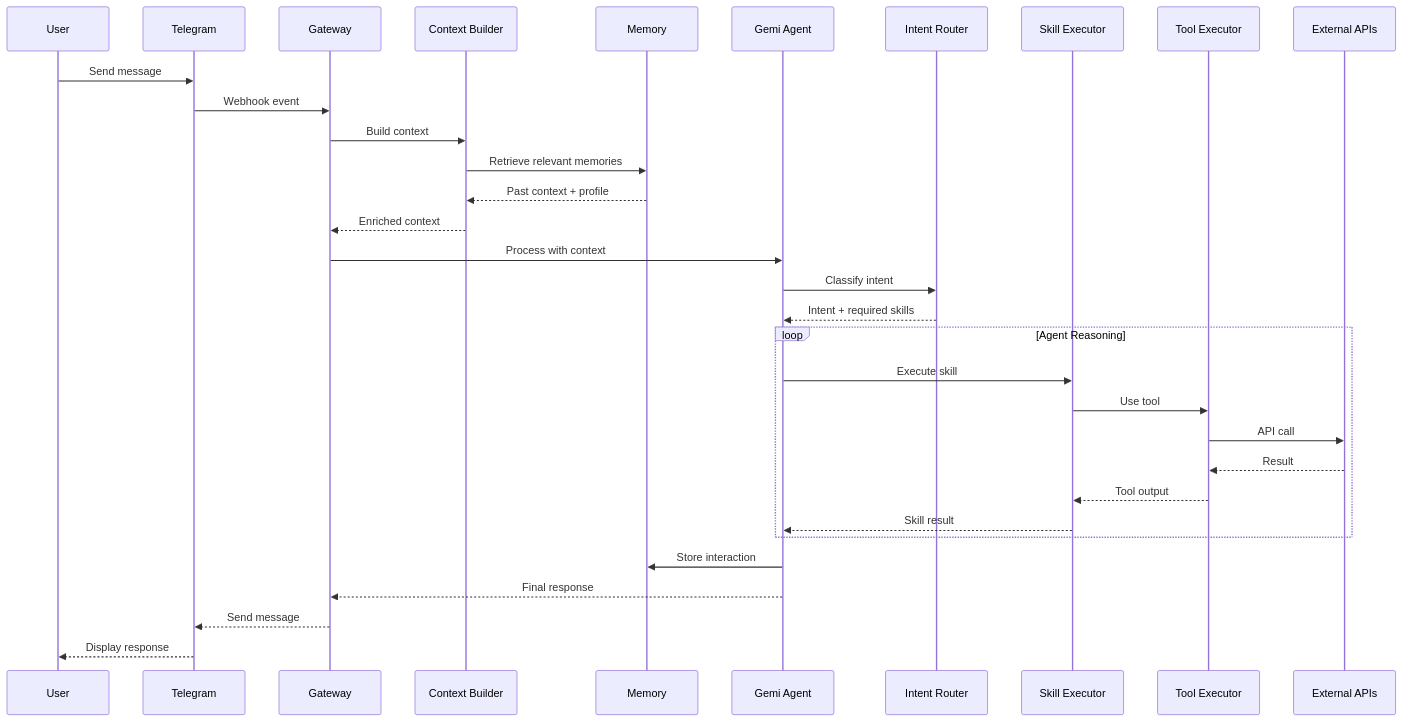
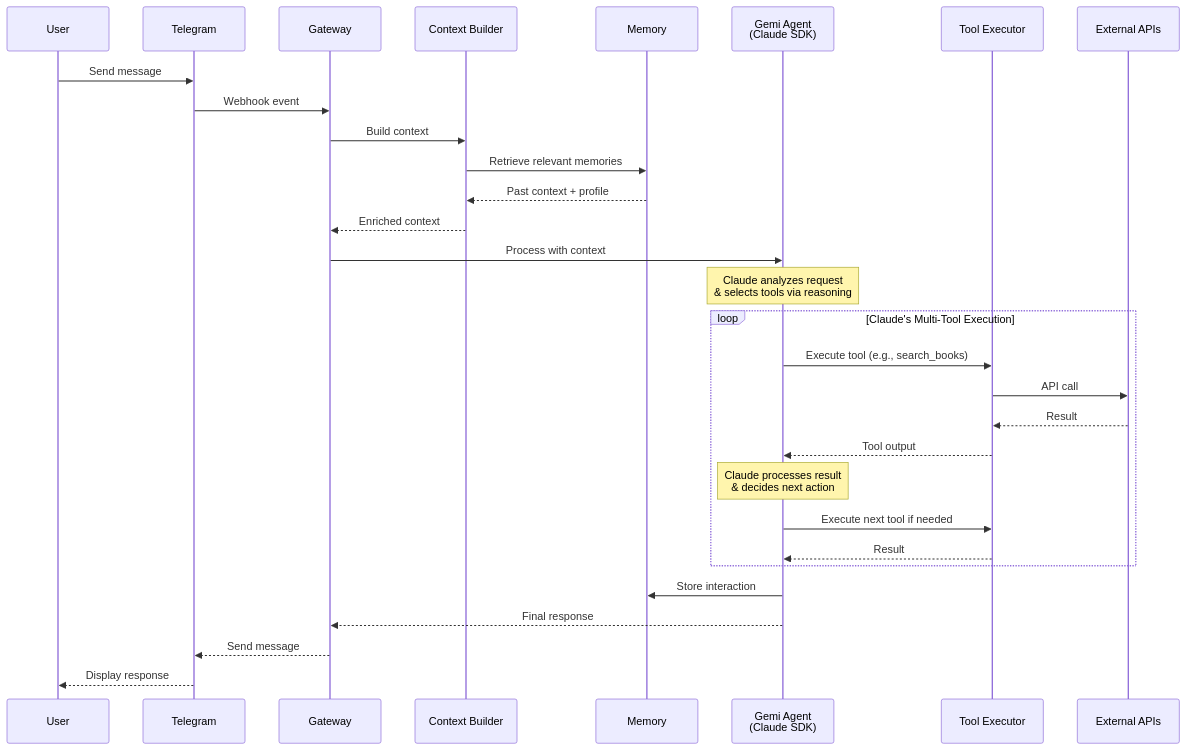
Before and after one commit to samyakjain0606/reading-buddy: the fifth of 7 diagrams in GEMI_VISION.md, drawn with Mermaid. The commit also changed other lines of this file, not shown here.

Commit message:
gemi vision

````diff
--- a/GEMI_VISION.md
+++ b/GEMI_VISION.md
@@ -845,39 +1142,37 @@
 ```mermaid
 sequenceDiagram
     participant U as User
     participant TG as Telegram
     participant GW as Gateway
     participant CTX as Context Builder
     participant MEM as Memory
-    participant AGENT as Gemi Agent
-    participant ROUTER as Intent Router
-    participant SKILL as Skill Executor
+    participant AGENT as Gemi Agent<br/>(Claude SDK)
     participant TOOL as Tool Executor
     participant EXT as External APIs
 
     U->>TG: Send message
     TG->>GW: Webhook event
 
     GW->>CTX: Build context
     CTX->>MEM: Retrieve relevant memories
     MEM-->>CTX: Past context + profile
     CTX-->>GW: Enriched context
 
     GW->>AGENT: Process with context
-    AGENT->>ROUTER: Classify intent
-    ROUTER-->>AGENT: Intent + required skills
+    Note over AGENT: Claude analyzes request<br/>& selects tools via reasoning
 
-    loop Agent Reasoning
-        AGENT->>SKILL: Execute skill
-        SKILL->>TOOL: Use tool
+    loop Claude's Multi-Tool Execution
+        AGENT->>TOOL: Execute tool (e.g., search_books)
         TOOL->>EXT: API call
         EXT-->>TOOL: Result
-        TOOL-->>SKILL: Tool output
-        SKILL-->>AGENT: Skill result
+        TOOL-->>AGENT: Tool output
+        Note over AGENT: Claude processes result<br/>& decides next action
+        AGENT->>TOOL: Execute next tool if needed
+        TOOL-->>AGENT: Result
     end
 
     AGENT->>MEM: Store interaction
     AGENT-->>GW: Final response
     GW-->>TG: Send message
     TG-->>U: Display response
 ```
````
